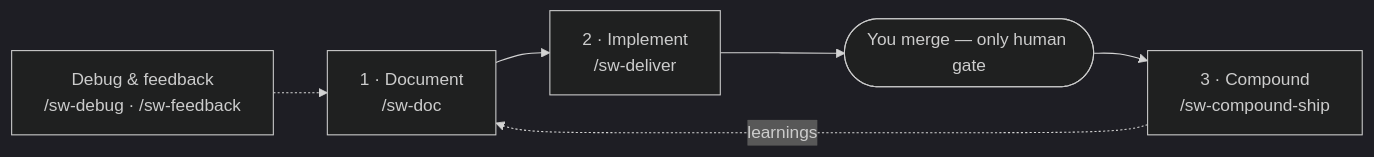
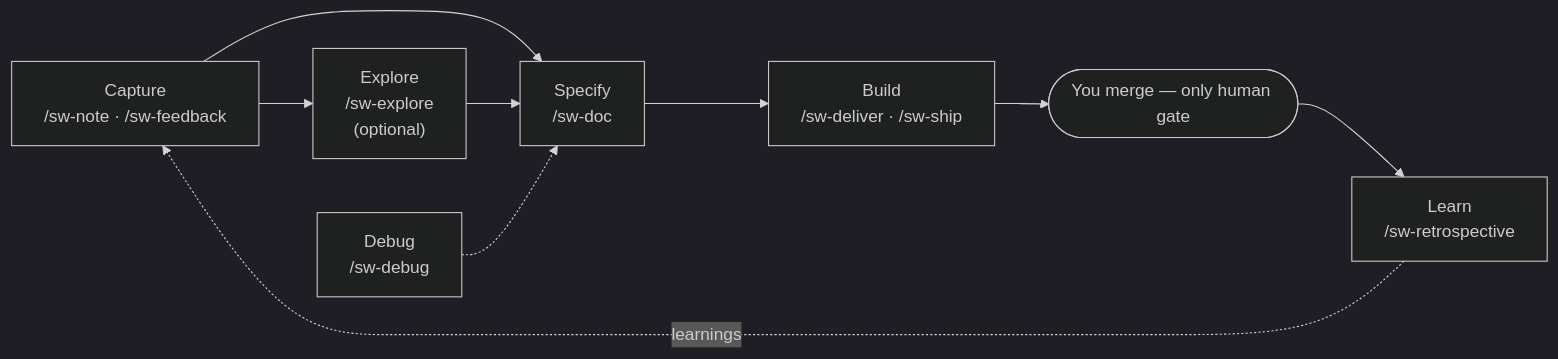
One commit to grdavies/shipwright changed the diagram in README.md. Above: the diagram before and after it, drawn with Mermaid (dark theme). The commit also changed other lines of this file and 84 other files, not shown here.

````diff
--- a/README.md
+++ b/README.md
@@ -31,8 +31,11 @@
 ```mermaid
 flowchart LR
- DOC["1 · Document<br/>/sw-doc"] --> SHIP["2 · Implement<br/>/sw-deliver"]
- SHIP --> MERGE([You merge — only human gate])
- MERGE --> COMPOUND["3 · Compound<br/>/sw-compound-ship"]
- OPS["Debug & feedback<br/>/sw-debug · /sw-feedback"] -.-> DOC
- COMPOUND -.->|learnings| DOC
+ CAP["Capture<br/>/sw-note · /sw-feedback"] --> EXP["Explore<br/>/sw-explore<br/>(optional)"]
+ CAP --> SPEC["Specify<br/>/sw-doc"]
+ EXP --> SPEC
+ SPEC --> BUILD["Build<br/>/sw-deliver · /sw-ship"]
+ BUILD --> MERGE([You merge — only human gate])
+ MERGE --> LEARN["Learn<br/>/sw-retrospective"]
+ OPS["Debug<br/>/sw-debug"] -.-> SPEC
+ LEARN -.->|learnings| CAP
 ```
````
